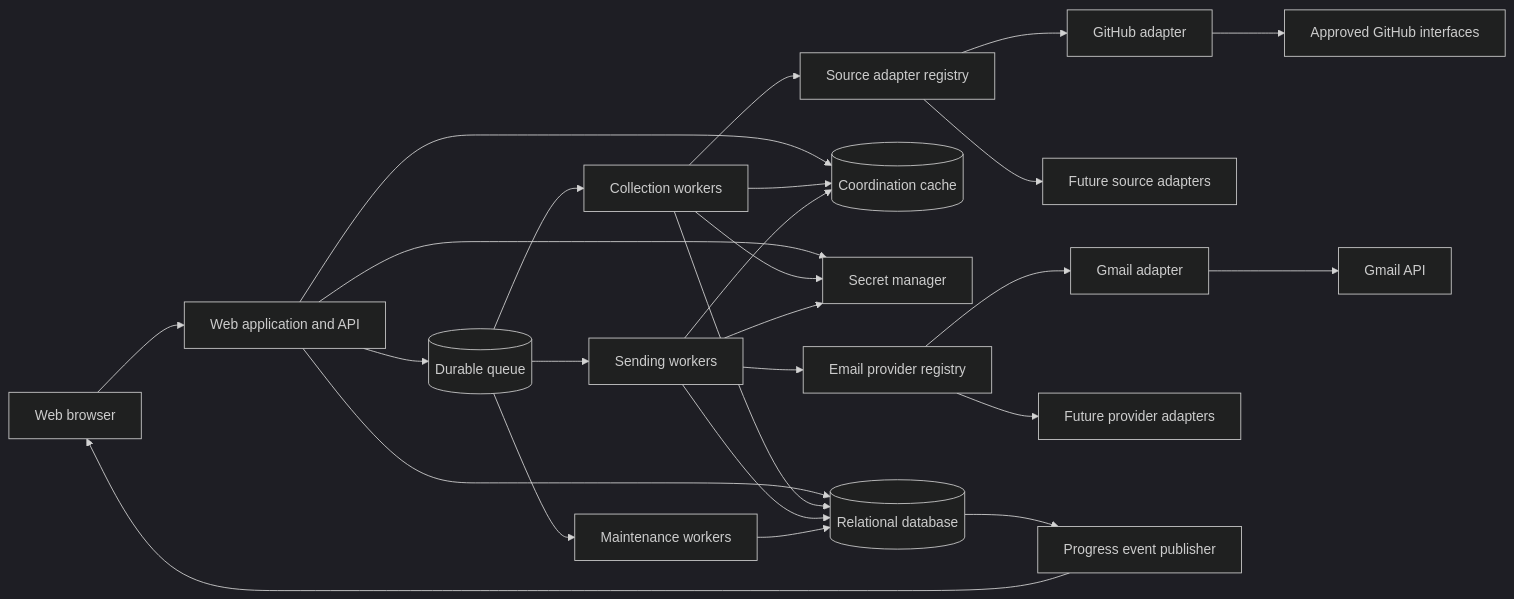
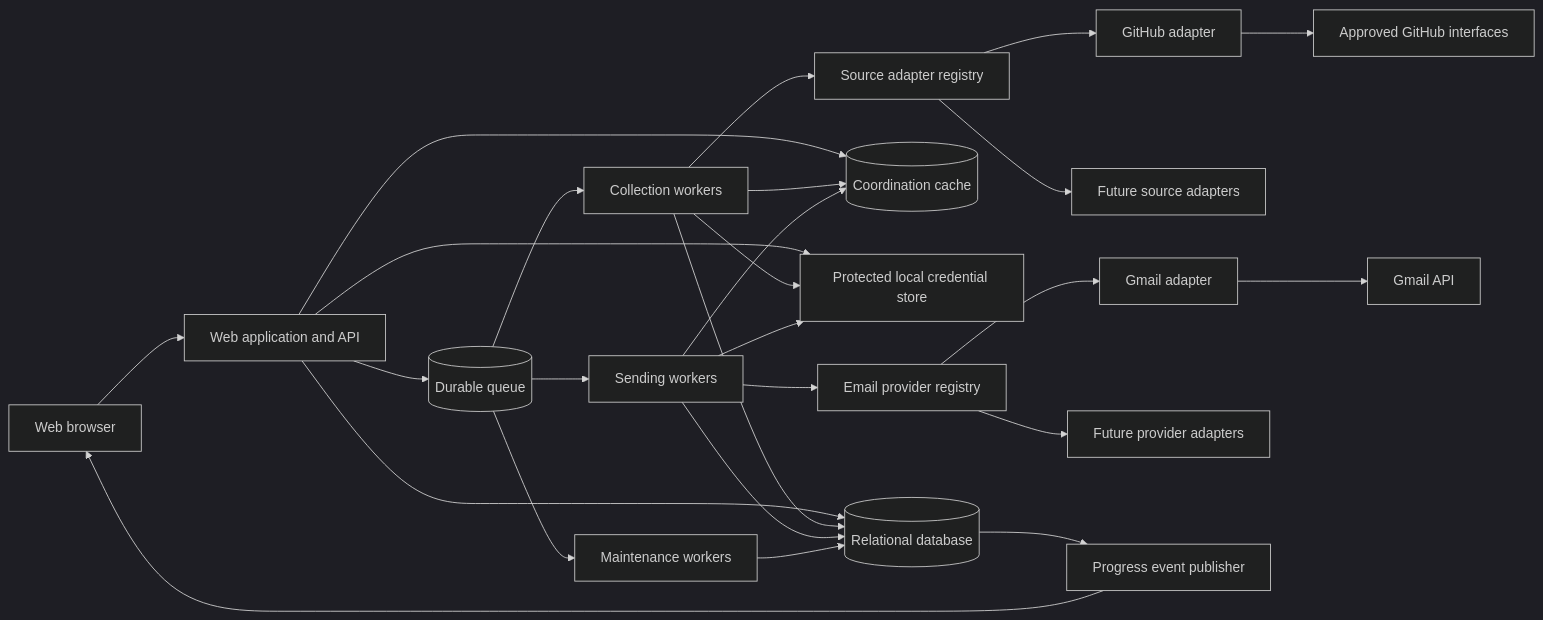
Before and after one commit to WebCrazy003/email-fetch: the first of 4 diagrams in ARCHITECTURE.md, drawn with Mermaid (dark theme). The commit also changed other lines of this file and 3 other files, not shown here.

````diff
--- a/ARCHITECTURE.md
+++ b/ARCHITECTURE.md
@@ -34,33 +34,33 @@
 ```mermaid
 flowchart LR
     Browser[Web browser] --> API[Web application and API]
     API --> DB[(Relational database)]
     API --> Queue[(Durable queue)]
     API --> Cache[(Coordination cache)]
-    API --> Secrets[Secret manager]
+    API --> Secrets[Protected local credential store]
 
     Queue --> CW[Collection workers]
     Queue --> SW[Sending workers]
     Queue --> MW[Maintenance workers]
 
     CW --> Registry[Source adapter registry]
     Registry --> GitHub[GitHub adapter]
     Registry --> FutureSource[Future source adapters]
     GitHub --> GitHubAPI[Approved GitHub interfaces]
 
     SW --> ProviderRegistry[Email provider registry]
     ProviderRegistry --> Gmail[Gmail adapter]
     ProviderRegistry --> FutureProvider[Future provider adapters]
     Gmail --> GmailAPI[Gmail API]
 
     CW --> DB
     SW --> DB
     MW --> DB
     CW --> Cache
     SW --> Cache
     CW --> Secrets
     SW --> Secrets
 
     DB --> Updates[Progress event publisher]
     Updates --> Browser
 ```
````
